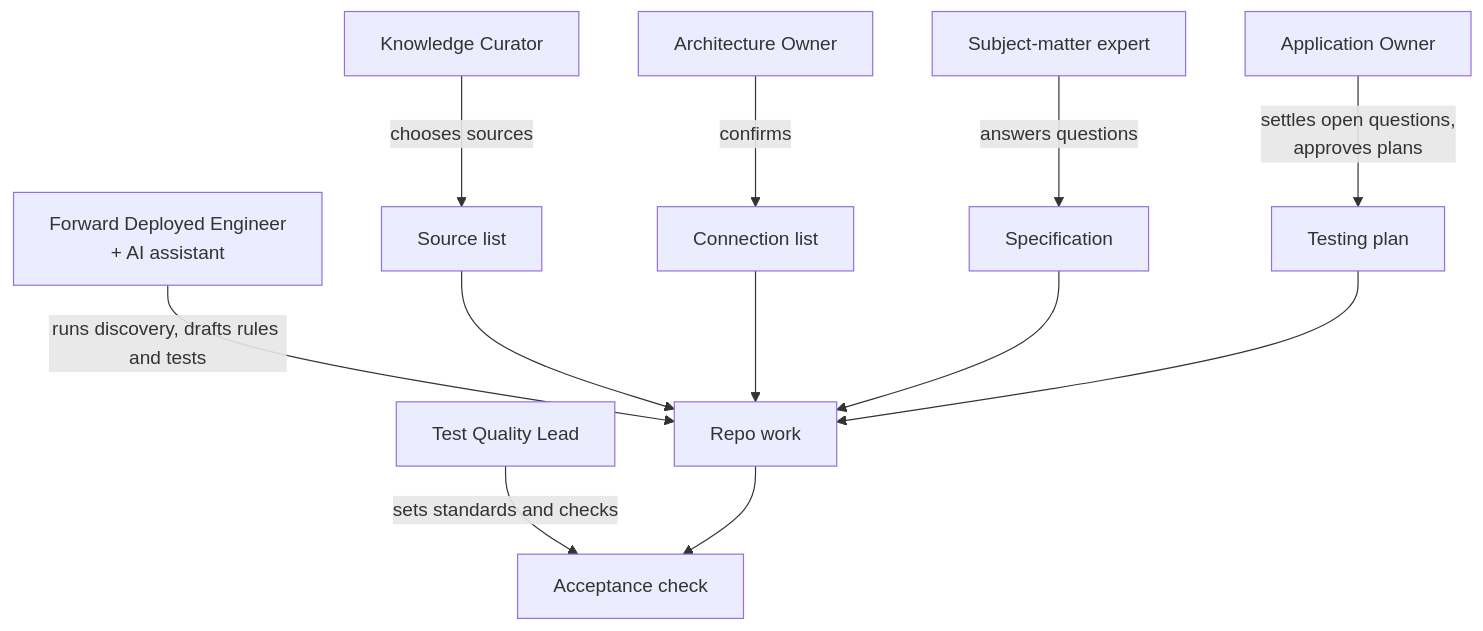
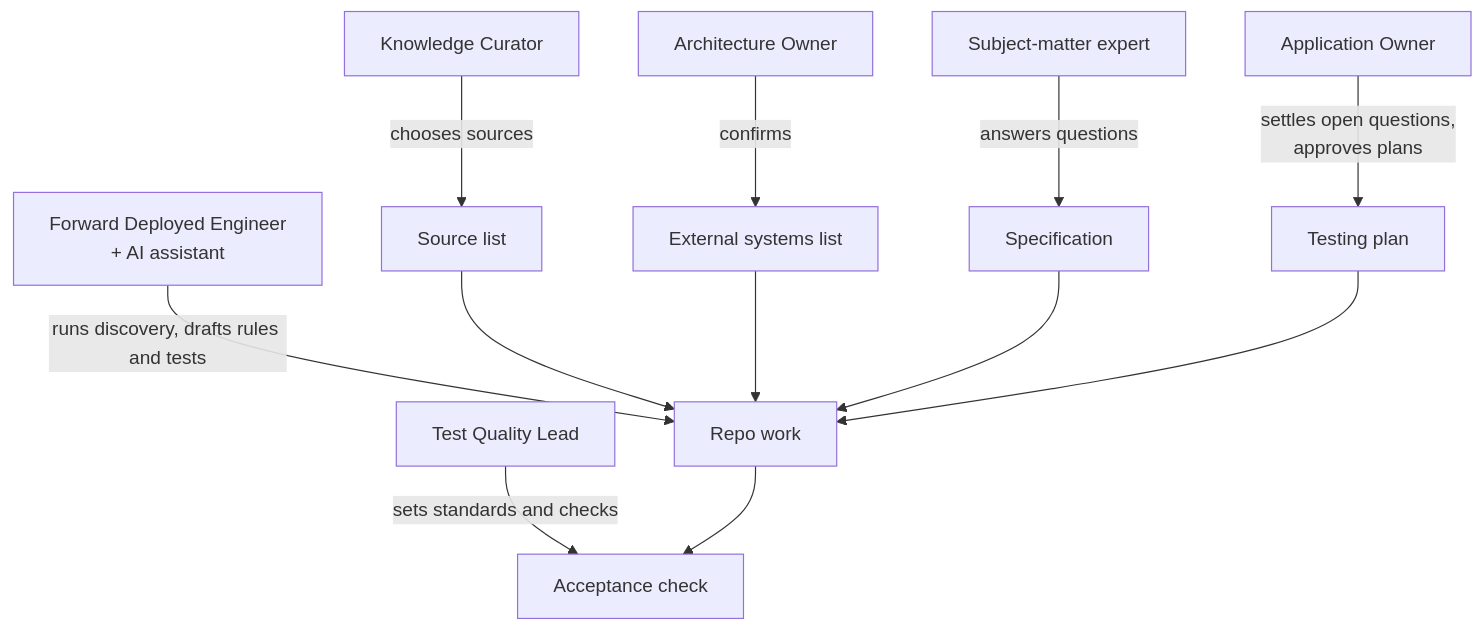
Before and after one commit to fiftiesHousewife/under-test: the fourth of 4 diagrams in docs/design/repo-journey.md, drawn with Mermaid. The commit also changed other lines of this file and 195 other files, not shown here.

First line of the commit message:
"External system" replaces "connection": the external systems list, reach points, and each test's external_systems

````diff
--- a/docs/design/repo-journey.md
+++ b/docs/design/repo-journey.md
@@ -54,14 +54,14 @@
 ```mermaid
 flowchart TB
     KC["Knowledge Curator"] -->|chooses sources| S["Source list"]
-    AR["Architecture Owner"] -->|confirms| C["Connection list"]
+    AR["Architecture Owner"] -->|confirms| C["External systems list"]
     FDE["Forward Deployed Engineer<br/>+ AI assistant"] -->|runs discovery, drafts rules and tests| W["Repo work"]
     SME["Subject-matter expert"] -->|answers questions| SP["Specification"]
     APO["Application Owner"] -->|settles open questions,<br/>approves plans| P["Testing plan"]
     TQL["Test Quality Lead"] -->|sets standards and checks| G["Acceptance check"]
     S --> W
     C --> W
     SP --> W
     P --> W
     W --> G
 ```
````
